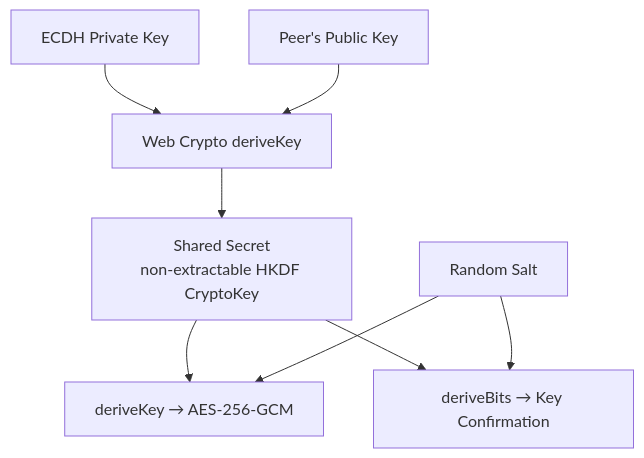
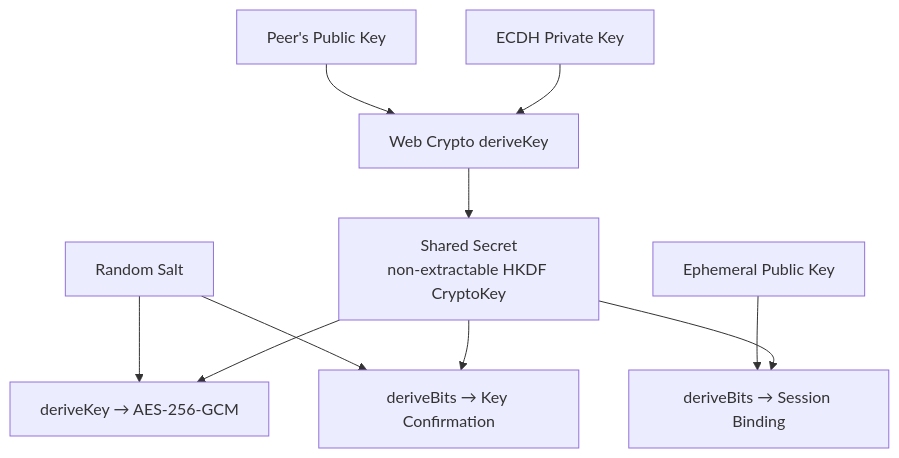
Before and after one commit to andrewtheguy/secure-send-web: the fifth of 7 diagrams in docs/ARCHITECTURE.md, drawn with Mermaid. The commit also changed other lines of this file, not shown here.

Commit message:
docs: add Perfect Forward Secrecy (PFS) documentation to ARCHITECTURE.md

````diff
--- a/docs/ARCHITECTURE.md
+++ b/docs/ARCHITECTURE.md
@@ -174,10 +174,12 @@
 ```mermaid
 flowchart TD
     PrivKey[ECDH Private Key] --> DeriveKey[Web Crypto deriveKey]
     PeerPubKey[Peer's Public Key] --> DeriveKey
     DeriveKey --> SharedSecretKey[Shared Secret<br/>non-extractable HKDF CryptoKey]
     SharedSecretKey --> AES[deriveKey → AES-256-GCM]
     SharedSecretKey --> KC[deriveBits → Key Confirmation]
+    SharedSecretKey --> EphBind[deriveBits → Session Binding]
     Salt[Random Salt] --> AES
     Salt --> KC
+    EphPub[Ephemeral Public Key] --> EphBind
 ```
````
